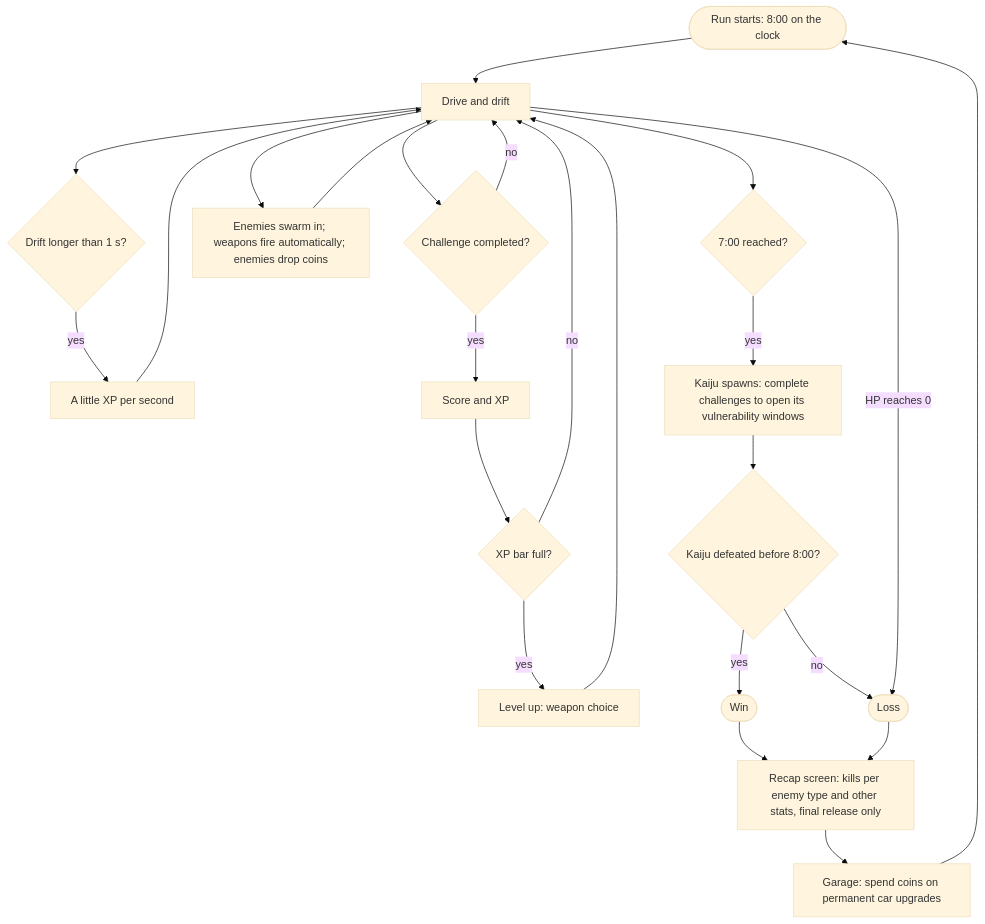
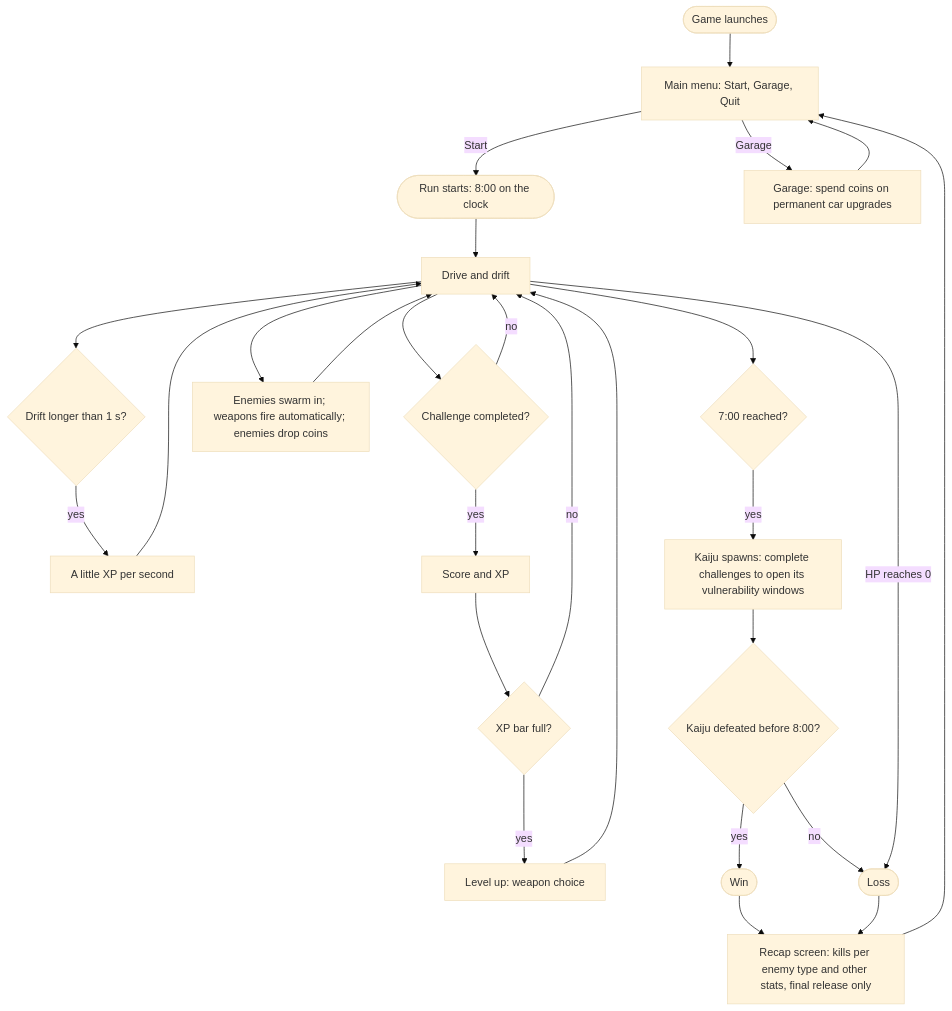
Before and after one commit to akyrat/solid-carbide-game: the diagram in docs/game-loop-architecture.md, drawn with Mermaid (base theme). The commit also changed other lines of this file and 4 other files, not shown here.

Commit message:
Garage design for the MVP; main menu flow in the game loop

````diff
--- a/docs/game-loop-architecture.md
+++ b/docs/game-loop-architecture.md
@@ -38,22 +39,24 @@
 ```mermaid
 flowchart TD
+    launch([Game launches]) --> menu
     start([Run starts: 8:00 on the clock]) --> drive[Drive and drift]
     drive --> drift{Drift longer than 1 s?}
     drift -- yes --> dxp[A little XP per second] --> drive
     drive --> challenge{Challenge completed?}
     challenge -- yes --> xp[Score and XP] --> lvl{XP bar full?}
     lvl -- yes --> choice[Level up: weapon choice] --> drive
     lvl -- no --> drive
     challenge -- no --> drive
     drive --> enemies[Enemies swarm in; weapons fire automatically; enemies drop coins] --> drive
     drive --> boss{7:00 reached?}
     boss -- yes --> kaiju[Kaiju spawns: complete challenges to open its vulnerability windows]
     kaiju --> win{Kaiju defeated before 8:00?}
     win -- yes --> won([Win])
     win -- no --> lost([Loss])
     drive -- HP reaches 0 --> lost
     won --> recap[Recap screen: kills per enemy type and other stats, final release only]
     lost --> recap
-    recap --> garage[Garage: spend coins on permanent car upgrades]
-    garage --> start
+    recap --> menu[Main menu: Start, Garage, Quit]
+    menu -- Garage --> garage[Garage: spend coins on permanent car upgrades] --> menu
+    menu -- Start --> start
 ```
````
